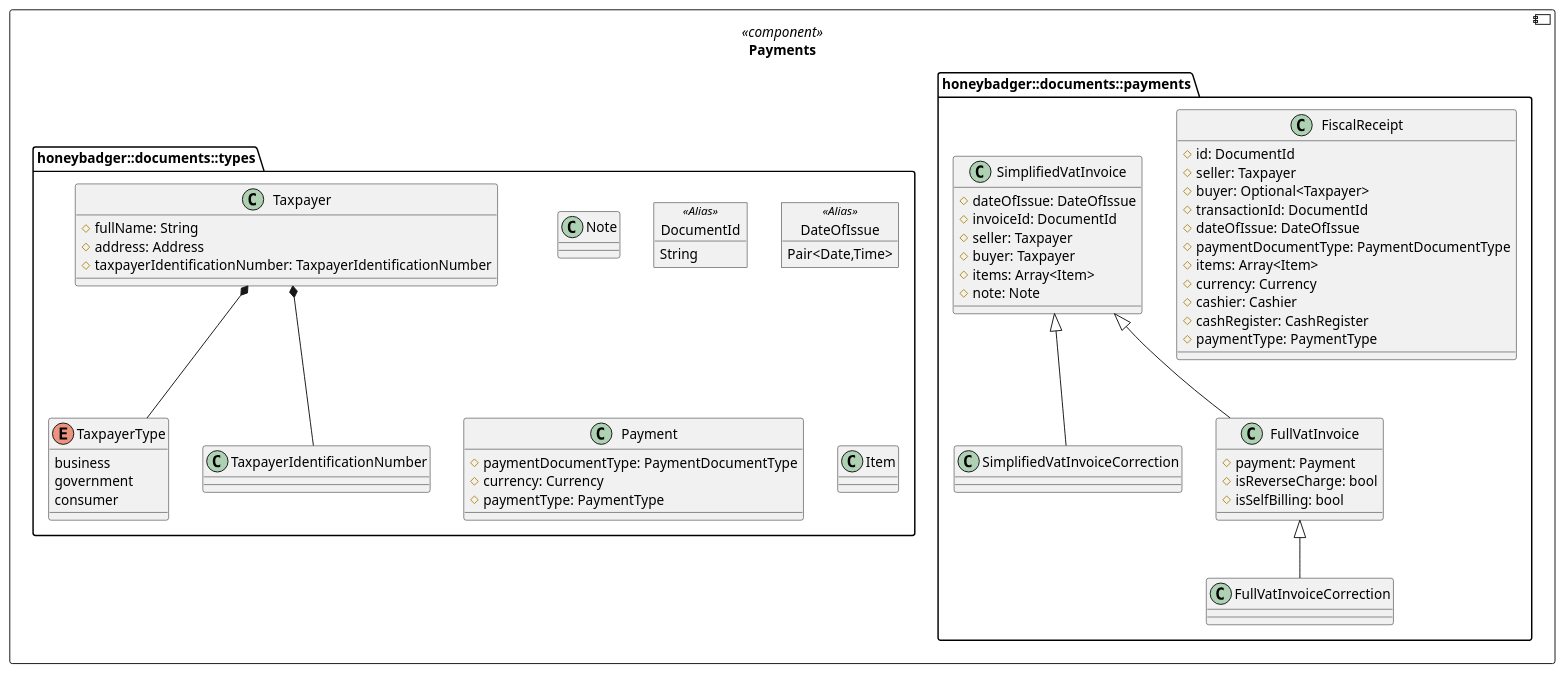
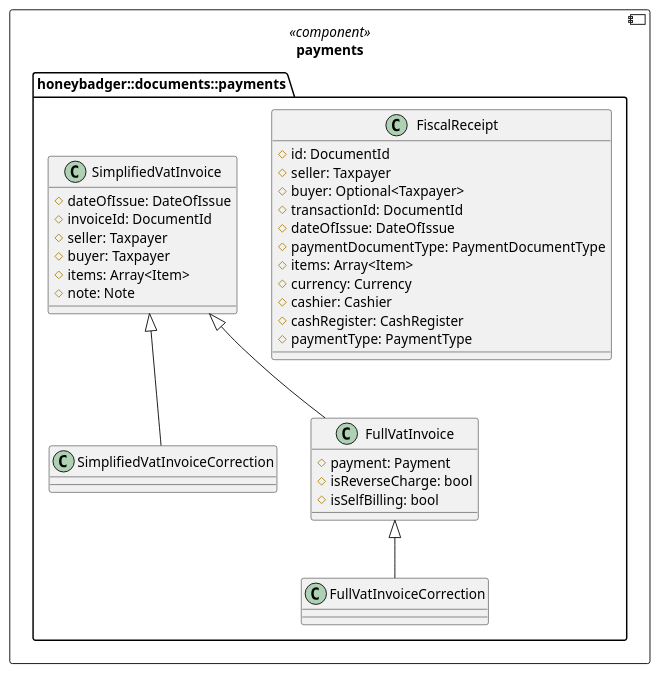
Before and after one commit to HoneycombSystem/honeybadger: the diagram in packages/documents/payments/docs/package_uml_diagram.md, drawn with PlantUML. The commit also changed 2 other files, not shown here.

Commit message:
[nope] split types and payments to another component

````diff
--- a/packages/documents/payments/docs/package_uml_diagram.md
+++ b/packages/documents/payments/docs/package_uml_diagram.md
@@ -3,82 +3,44 @@
 ```plantuml
 @startuml
-component "Payments" as alias <<component>> {
+component "payments" as alias <<component>> {
    namespace honeybadger::documents::payments {
         class FiscalReceipt {
             # id: DocumentId
             # seller: Taxpayer
             # buyer: Optional<Taxpayer>
             # transactionId: DocumentId
             # dateOfIssue: DateOfIssue
             # paymentDocumentType: PaymentDocumentType
             # items: Array<Item>
             # currency: Currency
             # cashier: Cashier
             # cashRegister: CashRegister
             # paymentType: PaymentType
         }
 
         class SimplifiedVatInvoice {
             # dateOfIssue: DateOfIssue
             # invoiceId: DocumentId
             # seller: Taxpayer
             # buyer: Taxpayer
             # items: Array<Item>
             # note: Note
         }
         class SimplifiedVatInvoiceCorrection {
             
         }
         class FullVatInvoice {
             # payment: Payment
             # isReverseCharge: bool
             # isSelfBilling: bool
         }
         class FullVatInvoiceCorrection {
         }
 
         SimplifiedVatInvoice <|-- SimplifiedVatInvoiceCorrection
         SimplifiedVatInvoice <|-- FullVatInvoice
         FullVatInvoice <|-- FullVatInvoiceCorrection
     }
-    namespace honeybadger::documents::types {
-        class Note {
-
-        }
-
-        object DocumentId<<Alias>> {
-            String
-        }
-        object DateOfIssue<<Alias>> {
-            Pair<Date,Time>
-        }
-
-        class Taxpayer {
-            # fullName: String
-            # address: Address
-            # taxpayerIdentificationNumber: TaxpayerIdentificationNumber
-        }
-        enum TaxpayerType {
-            business
-            government
-            consumer
-        }
-        class TaxpayerIdentificationNumber {
-
-        }
-        class Payment {
-            # paymentDocumentType: PaymentDocumentType
-            # currency: Currency
-            # paymentType: PaymentType
-        }
-
-        
-        class Item {
-
-        }
-        Taxpayer *-- TaxpayerType
-        Taxpayer *-- TaxpayerIdentificationNumber
-    }
 }
 @enduml
 ```
````
